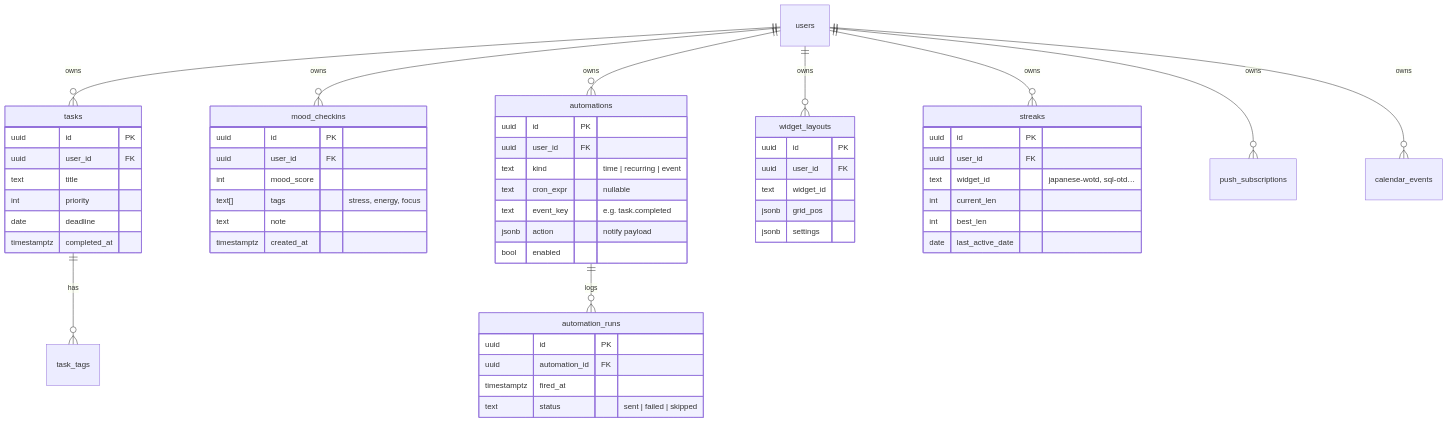
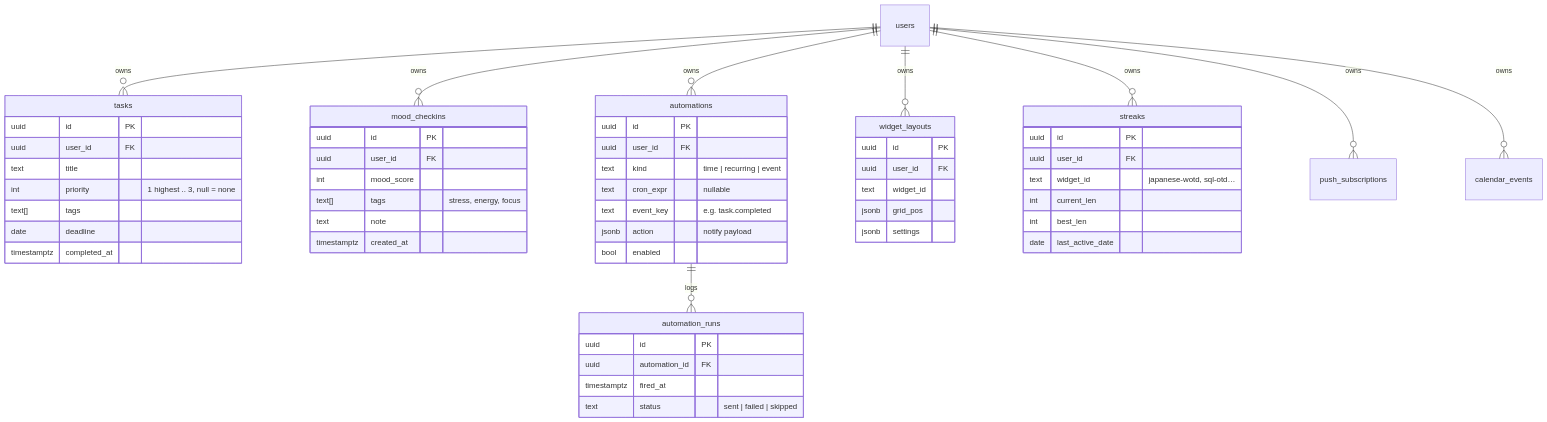
Before and after one commit to Auua/command-center: the fourth of 6 diagrams in docs/ARD.md, drawn with Mermaid. The commit also changed 10 other files, not shown here.

````diff
--- a/docs/ARD.md
+++ b/docs/ARD.md
@@ -210,59 +210,59 @@
 ```mermaid
 erDiagram
     users ||--o{ tasks : owns
     users ||--o{ mood_checkins : owns
     users ||--o{ automations : owns
     users ||--o{ widget_layouts : owns
     users ||--o{ streaks : owns
     users ||--o{ push_subscriptions : owns
     users ||--o{ calendar_events : owns
-    tasks ||--o{ task_tags : has
     automations ||--o{ automation_runs : logs
 
     tasks {
         uuid id PK
         uuid user_id FK
         text title
-        int priority
+        int priority "1 highest .. 3, null = none"
+        text[] tags
         date deadline
         timestamptz completed_at
     }
     mood_checkins {
         uuid id PK
         uuid user_id FK
         int mood_score
         text[] tags "stress, energy, focus"
         text note
         timestamptz created_at
     }
     automations {
         uuid id PK
         uuid user_id FK
         text kind "time | recurring | event"
         text cron_expr "nullable"
         text event_key "e.g. task.completed"
         jsonb action "notify payload"
         bool enabled
     }
     automation_runs {
         uuid id PK
         uuid automation_id FK
         timestamptz fired_at
         text status "sent | failed | skipped"
     }
     streaks {
         uuid id PK
         uuid user_id FK
         text widget_id "japanese-wotd, sql-otd…"
         int current_len
         int best_len
         date last_active_date
     }
     widget_layouts {
         uuid id PK
         uuid user_id FK
         text widget_id
         jsonb grid_pos
         jsonb settings
     }
 ```
````
